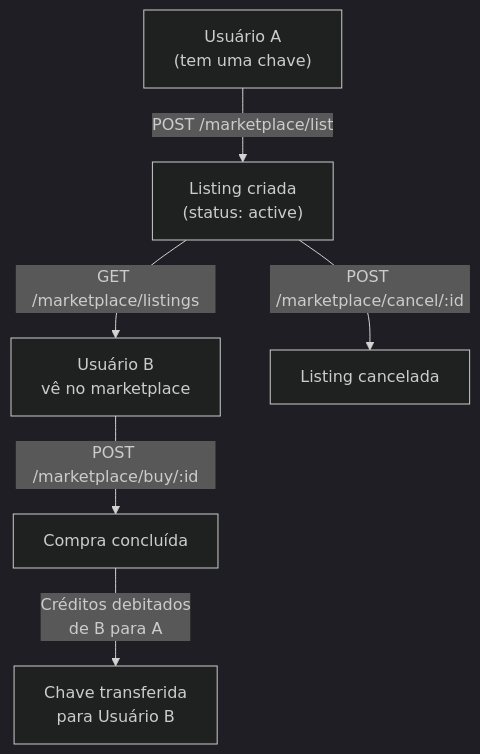
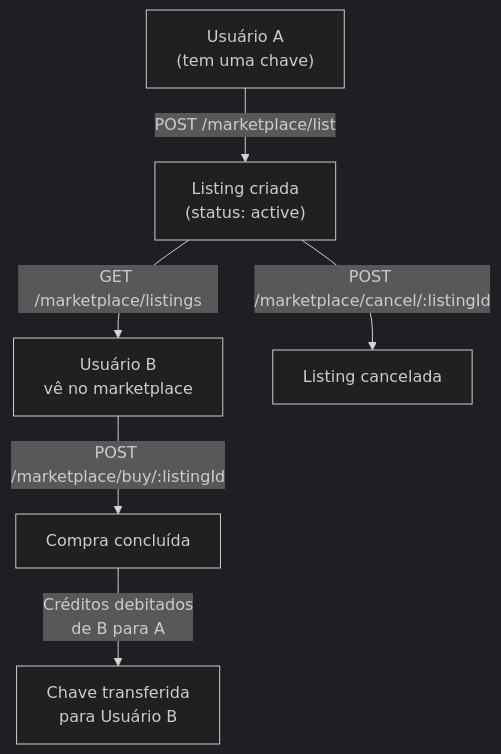
One commit to mintvrs/mintvrs-docs changed the first of 2 diagrams in docs/guias/marketplace-p2p.md. Above: the diagram before and after it, drawn with Mermaid (dark theme). The commit also changed other lines of this file and 92 other files, not shown here.

````diff
--- a/docs/guias/marketplace-p2p.md
+++ b/docs/guias/marketplace-p2p.md
@@ -13,8 +13,8 @@
 ```mermaid
 flowchart TD
     A["Usuário A\n(tem uma chave)"] -->|"POST /marketplace/list"| B["Listing criada\n(status: active)"]
     B -->|"GET /marketplace/listings"| C["Usuário B\nvê no marketplace"]
-    C -->|"POST /marketplace/buy/:id"| D["Compra concluída"]
+    C -->|"POST /marketplace/buy/:listingId"| D["Compra concluída"]
     D -->|"Créditos debitados\nde B para A"| E["Chave transferida\npara Usuário B"]
-    B -->|"POST /marketplace/cancel/:id"| F["Listing cancelada"]
+    B -->|"POST /marketplace/cancel/:listingId"| F["Listing cancelada"]
 ```
````
